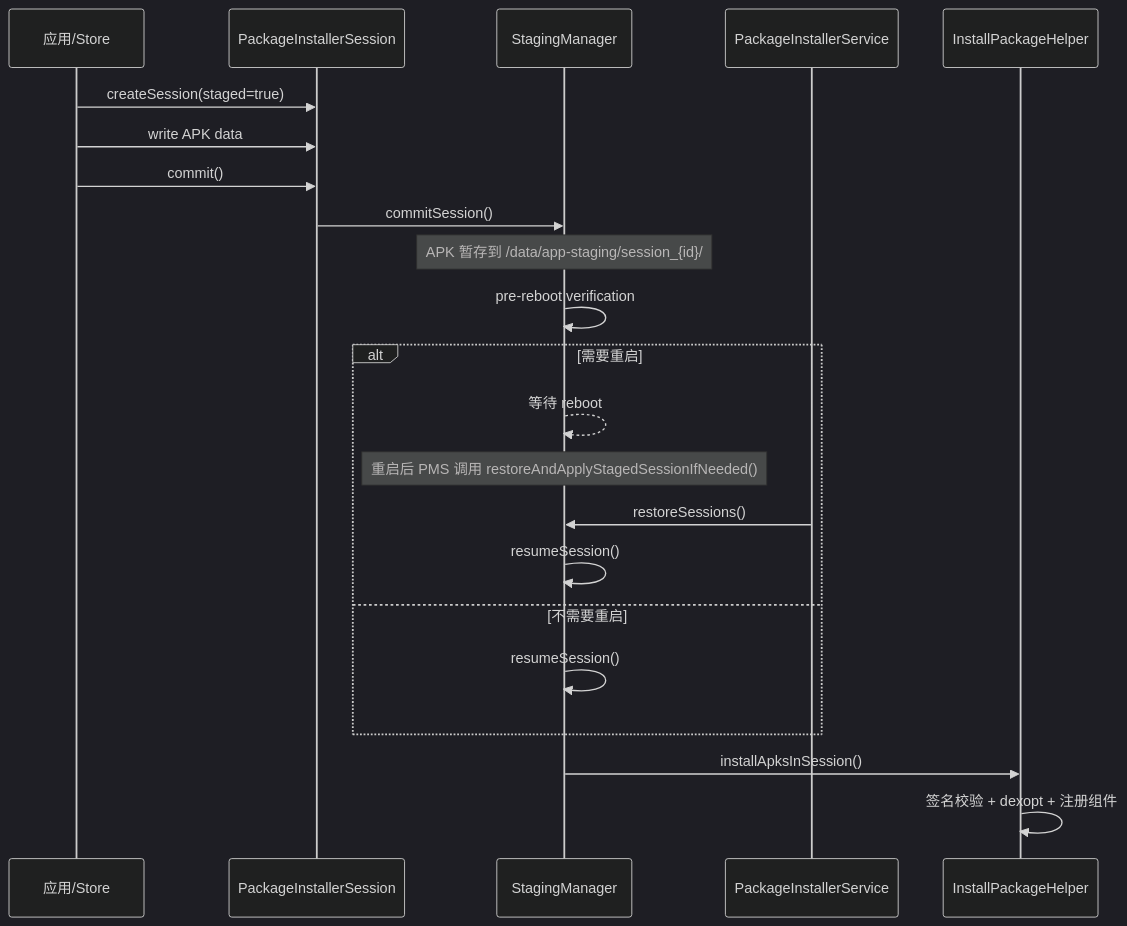
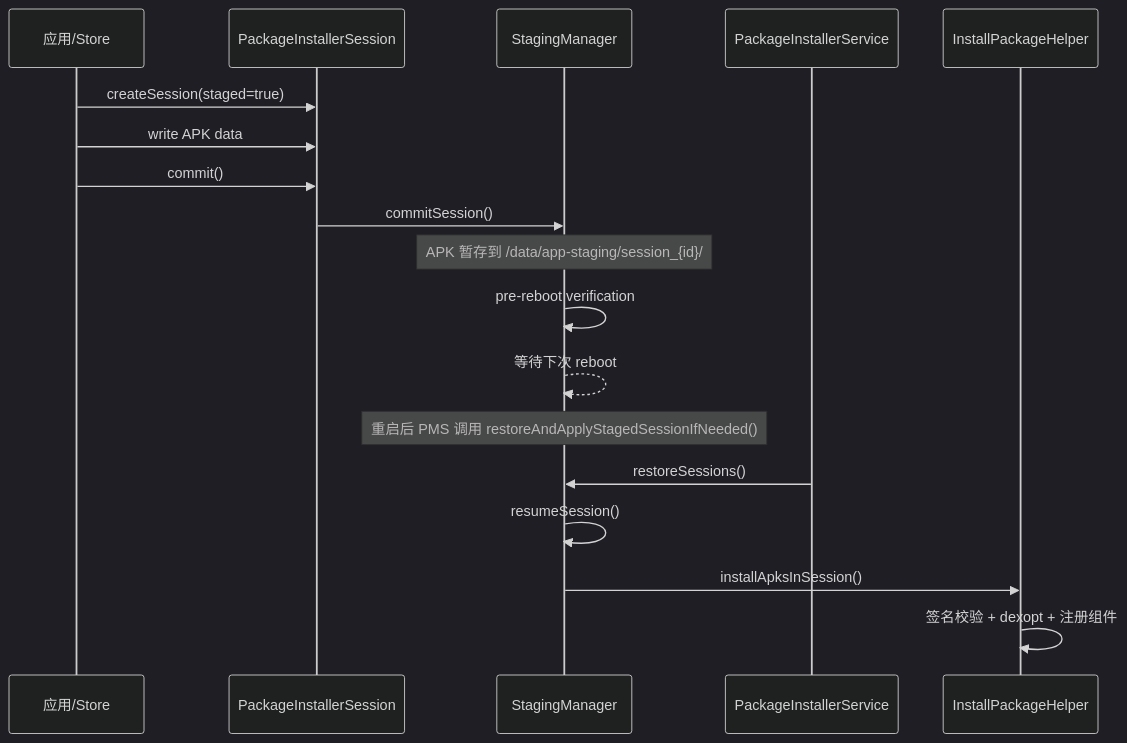
One commit to Gracker/android-internals-wiki changed the diagram in src/part1-fundamentals/ch01-architecture/23-staged-install-performance.md. Above: the diagram before and after it, drawn with Mermaid (dark theme). The commit also changed other lines of this file and 1 other file, not shown here.

Commit message:
[openclaw] rework: 1.23 Android Staged Install — Task9 deep tech review 回炉修复（reboot语义/dex2oat参数/签名方案/失败恢复/数据标注）

````diff
--- a/src/part1-fundamentals/ch01-architecture/23-staged-install-performance.md
+++ b/src/part1-fundamentals/ch01-architecture/23-staged-install-performance.md
@@ -61,25 +61,21 @@
 ```mermaid
 sequenceDiagram
     participant App as 应用/Store
     participant PIS as PackageInstallerSession
     participant SM as StagingManager
     participant PMS as PackageInstallerService
     participant IPH as InstallPackageHelper
 
     App->>PIS: createSession(staged=true)
     App->>PIS: write APK data
     App->>PIS: commit()
     PIS->>SM: commitSession()
     Note over SM: APK 暂存到 /data/app-staging/session_{id}/
     SM->>SM: pre-reboot verification
-    alt 需要重启
-        SM-->>SM: 等待 reboot
-        Note over SM: 重启后 PMS 调用 restoreAndApplyStagedSessionIfNeeded()
-        PMS->>SM: restoreSessions()
-        SM->>SM: resumeSession()
-    else 不需要重启
-        SM->>SM: resumeSession()
-    end
+    SM-->>SM: 等待下次 reboot
+    Note over SM: 重启后 PMS 调用 restoreAndApplyStagedSessionIfNeeded()
+    PMS->>SM: restoreSessions()
+    SM->>SM: resumeSession()
     SM->>IPH: installApksInSession()
     IPH->>IPH: 签名校验 + dexopt + 注册组件
 ```
````
